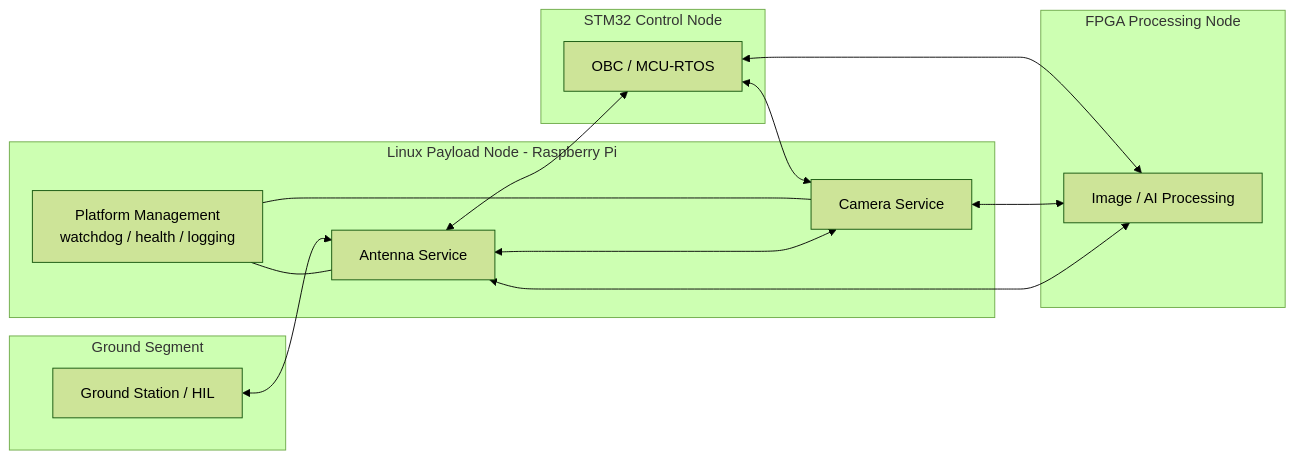
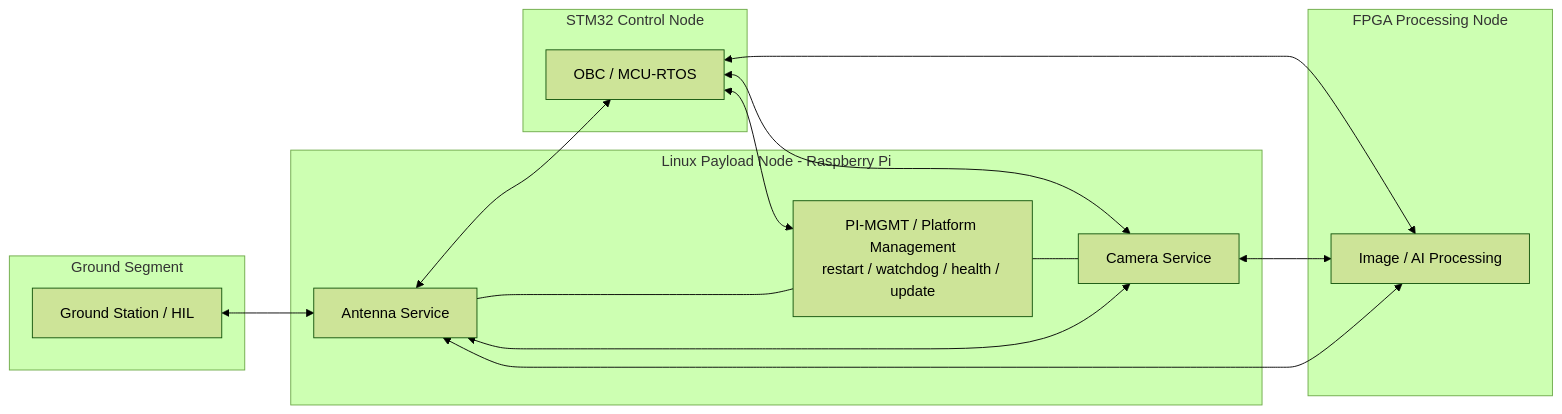
The diagram in README.md (ExoSpaceLabs/exn), drawn with Mermaid (forest theme) before and after one commit. The commit also changed other lines of this file, not shown here.

````diff
--- a/README.md
+++ b/README.md
@@ -126,30 +126,31 @@
 ```mermaid
 graph LR
   subgraph "Ground Segment"
     GS[Ground Station / HIL]
   end
 
   subgraph "Linux Payload Node - Raspberry Pi"
     CAM[Camera Service]
     ANT[Antenna Service]
-    PM[Platform Management<br/>watchdog / health / logging]
+    PM[PI-MGMT / Platform Management<br/>restart / watchdog / health / update]
   end
 
   subgraph "STM32 Control Node"
     OBC[OBC / MCU-RTOS]
   end
 
   subgraph "FPGA Processing Node"
     FPGA[Image / AI Processing]
   end
 
   GS <--> ANT
   ANT <--> OBC
   OBC <--> CAM
   OBC <--> FPGA
   CAM <--> FPGA
   CAM <--> ANT
   FPGA <--> ANT
+  OBC <--> PM
   PM --- CAM
   PM --- ANT
 ```
````
